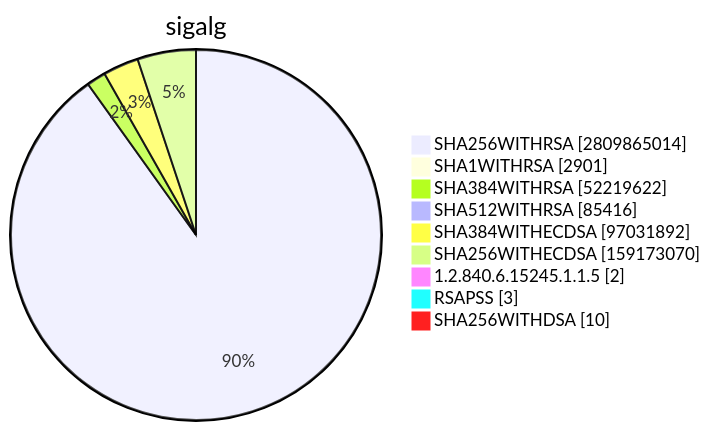
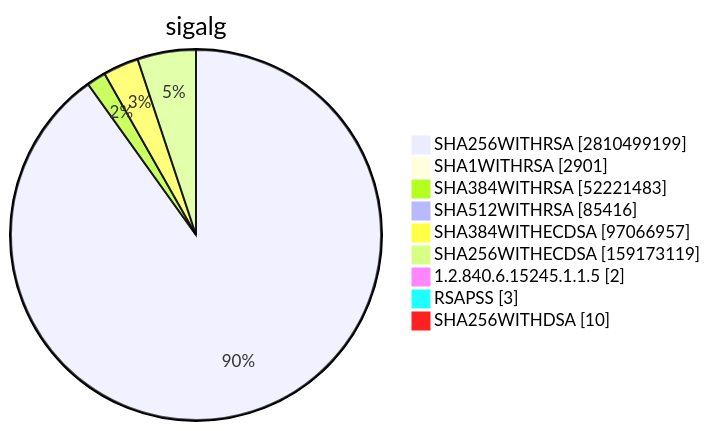
Before and after one commit to christiankrug/ctmonitor_visualization: diagram 15 of 15 in TOTAL/README.md, drawn with Mermaid. The commit also changed other lines of this file, not shown here.

````diff
--- a/TOTAL/README.md
+++ b/TOTAL/README.md
@@ -6205,13 +6205,13 @@
 ```mermaid
 pie showData
 title sigalg
-"SHA256WITHRSA" :2809865014
+"SHA256WITHRSA" :2810499199
 "SHA1WITHRSA" :2901
-"SHA384WITHRSA" :52219622
+"SHA384WITHRSA" :52221483
 "SHA512WITHRSA" :85416
-"SHA384WITHECDSA" :97031892
-"SHA256WITHECDSA" :159173070
+"SHA384WITHECDSA" :97066957
+"SHA256WITHECDSA" :159173119
 "1.2.840.6.15245.1.1.5" :2
 "RSAPSS" :3
 "SHA256WITHDSA" :10
 ```
````
